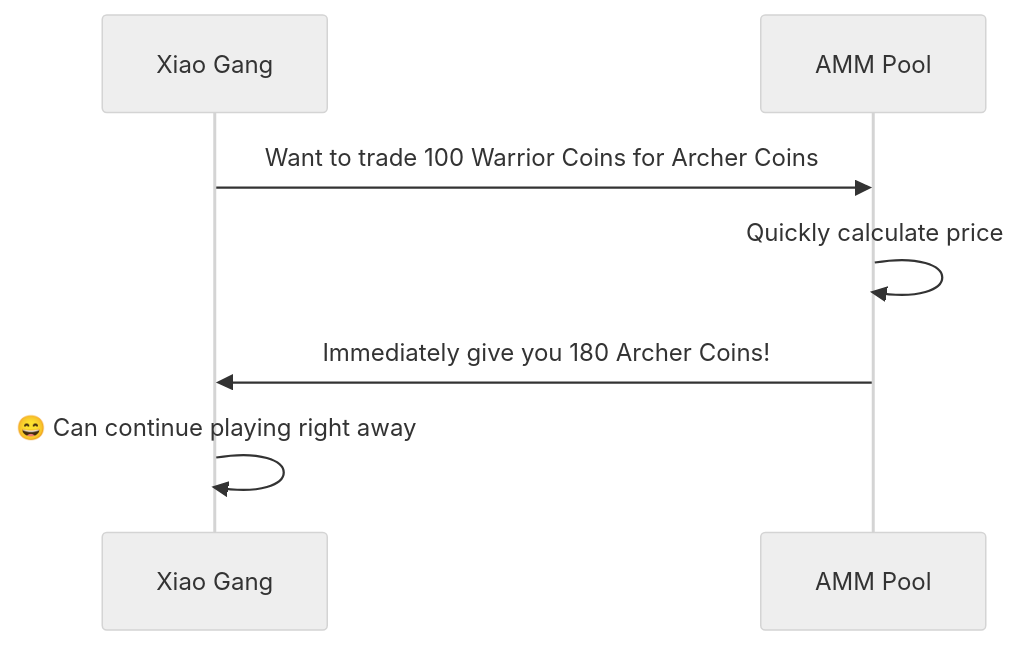
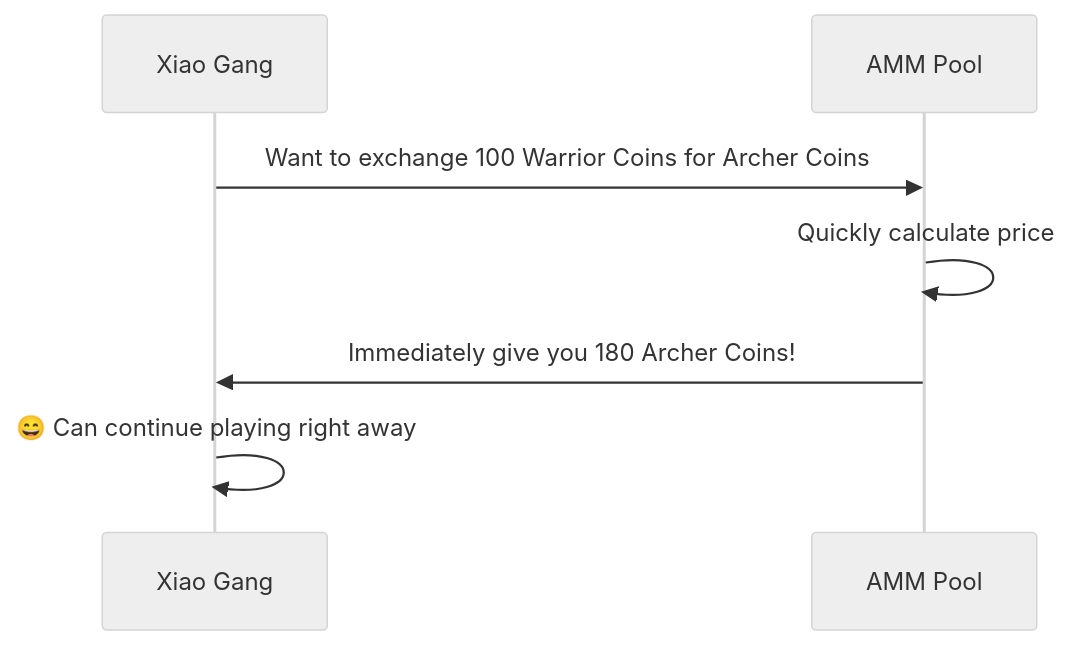
The eighth of 9 diagrams in doc/AMM_Market_Making.md (pinpetfun/pinpet-book), drawn with Mermaid (neutral theme) before and after one commit. The commit also changed other lines of this file and 54 other files, not shown here.

````diff
--- a/doc/AMM_Market_Making.md
+++ b/doc/AMM_Market_Making.md
@@ -301,10 +301,10 @@
 ```mermaid
 sequenceDiagram
     participant Xiao Gang
     participant AMM Pool
-    
-    Xiao Gang->>AMM Pool: Want to trade 100 Warrior Coins for Archer Coins
+
+    Xiao Gang->>AMM Pool: Want to exchange 100 Warrior Coins for Archer Coins
     AMM Pool->>AMM Pool: Quickly calculate price
     AMM Pool->>Xiao Gang: Immediately give you 180 Archer Coins!
     Xiao Gang->>Xiao Gang: 😄 Can continue playing right away
 ```
````
